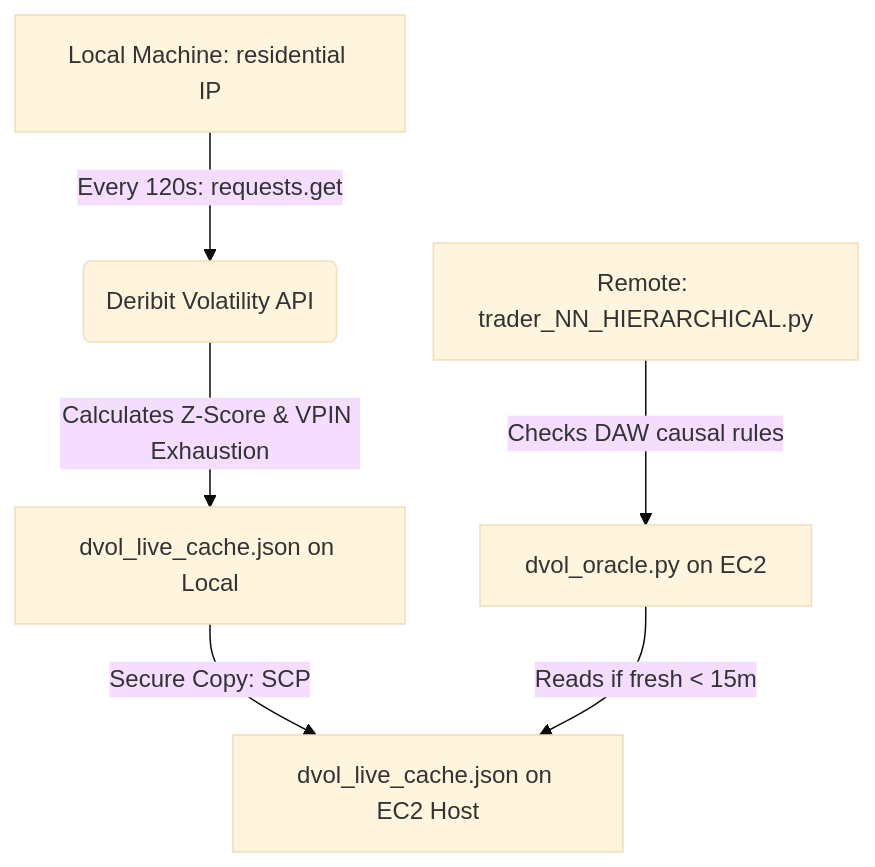
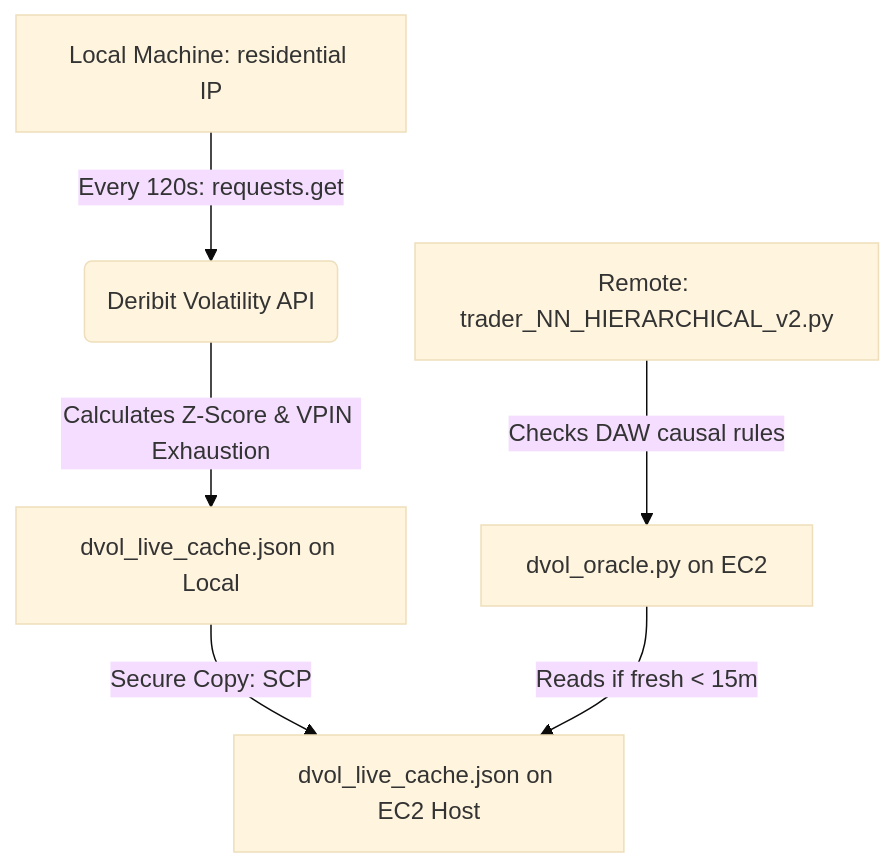
One commit to stefanbund/stadium-public-data changed the second of 2 diagrams in coinbase/SYSTEM_ARCHITECTURE.md. Above: the diagram before and after it, drawn with Mermaid (base theme). The commit also changed other lines of this file, not shown here.

Commit message:
[coinbase] MLOps Architecture Blueprint Deployment: 2026-07-19 07:39:36

````diff
--- a/coinbase/SYSTEM_ARCHITECTURE.md
+++ b/coinbase/SYSTEM_ARCHITECTURE.md
@@ -205,8 +229,8 @@
 ```mermaid
 graph TD
     A[Local Machine: residential IP] -->|Every 120s: requests.get| B(Deribit Volatility API)
     B -->|Calculates Z-Score & VPIN Exhaustion| C[dvol_live_cache.json on Local]
     C -->|Secure Copy: SCP| D[dvol_live_cache.json on EC2 Host]
-    E[Remote: trader_NN_HIERARCHICAL.py] -->|Checks DAW causal rules| F[dvol_oracle.py on EC2]
+    E[Remote: trader_NN_HIERARCHICAL_v2.py] -->|Checks DAW causal rules| F[dvol_oracle.py on EC2]
     F -->|Reads if fresh < 15m| D
 ```
````
